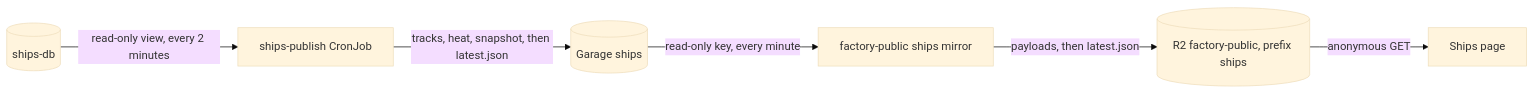
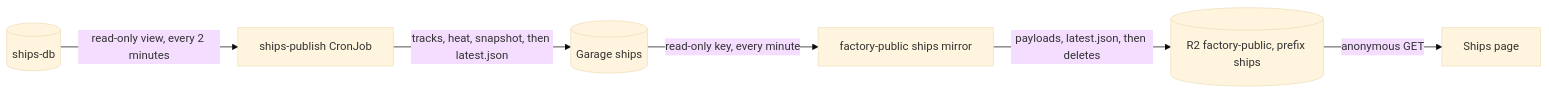
Before and after one commit to jomcgi-org/homelab: the first of 3 diagrams in projects/ships/ARCHITECTURE.md, drawn with Mermaid (base theme). The commit also changed other lines of this file and 30 other files, not shown here.

First line of the commit message:
fix(ships): read-only publisher login, retirement-based GC, mirror deletes last

````diff
--- a/projects/ships/ARCHITECTURE.md
+++ b/projects/ships/ARCHITECTURE.md
@@ -30,8 +30,8 @@
 ```mermaid
 flowchart LR
   db[(ships-db)] -->|read-only view, every 2 minutes| publisher[ships-publish CronJob]
   publisher -->|tracks, heat, snapshot, then latest.json| garage[(Garage ships)]
   garage -->|read-only key, every minute| mirror[factory-public ships mirror]
-  mirror -->|payloads, then latest.json| r2[(R2 factory-public, prefix ships)]
+  mirror -->|payloads, latest.json, then deletes| r2[(R2 factory-public, prefix ships)]
   r2 -->|anonymous GET| reader[Ships page]
 ```
````
